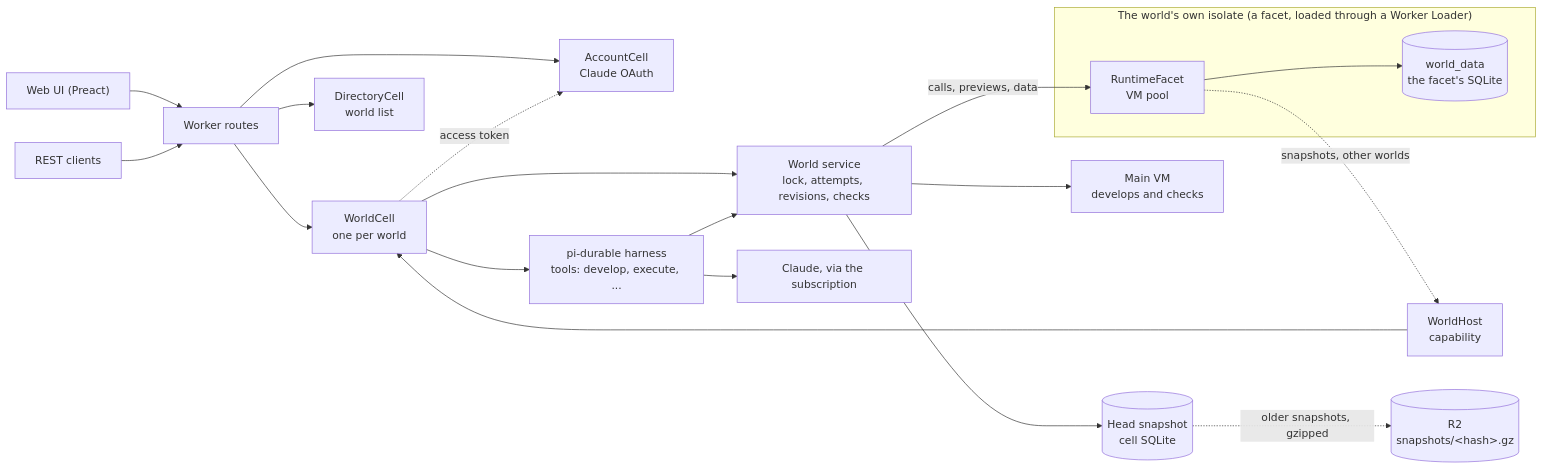
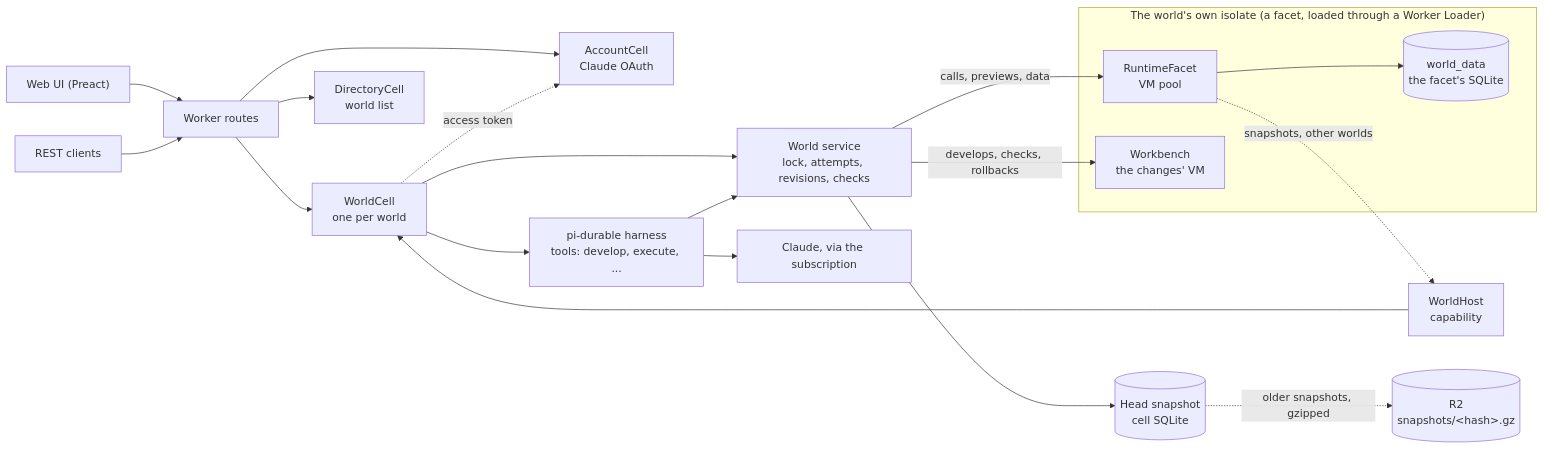
The second of 3 diagrams in README.md (igouss/pi-world), drawn with Mermaid before and after one commit. The commit also changed other lines of this file and 5 other files, not shown here.

````diff
--- a/README.md
+++ b/README.md
@@ -420,22 +427,23 @@
 ```mermaid
 flowchart LR
     UI["Web UI (Preact)"] --> W["Worker routes"]
     REST["REST clients"] --> W
     W --> C["WorldCell<br/>one per world"]
     W --> A["AccountCell<br/>Claude OAuth"]
     W --> DIR["DirectoryCell<br/>world list"]
     C --> H["pi-durable harness<br/>tools: develop, execute, ..."]
     C --> WS["World service<br/>lock, attempts, revisions, checks"]
     H --> WS
-    WS --> MAIN["Main VM<br/>develops and checks"]
     WS -- "calls, previews, data" --> RT
+    WS -- "develops, checks, rollbacks" --> WB
     subgraph ISO["The world's own isolate (a facet, loaded through a Worker Loader)"]
         RT["RuntimeFacet<br/>VM pool"] --> D[("world_data<br/>the facet's SQLite")]
+        WB["Workbench<br/>the changes' VM"]
     end
     RT -. "snapshots, other worlds" .-> HOST["WorldHost<br/>capability"]
     HOST --> C
     H --> M["Claude, via the subscription"]
     C -. access token .-> A
     WS --> B[("Head snapshot<br/>cell SQLite")]
     B -. "older snapshots, gzipped" .-> R2[("R2<br/>snapshots/&lt;hash&gt;.gz")]
 ```
````
